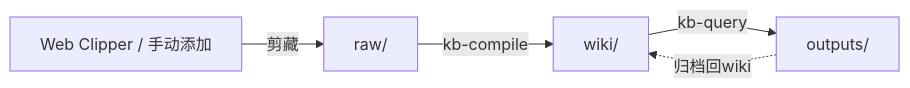
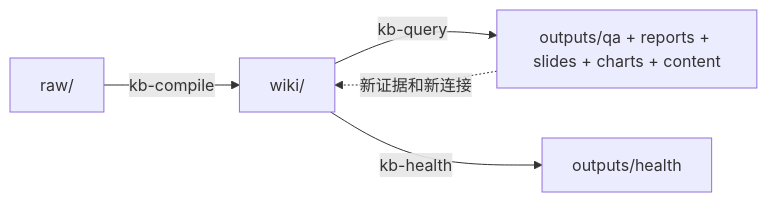
The diagram in README_CN.md (bahayonghang/obsidian-notes-karpathy), drawn with Mermaid before and after one commit. The commit also changed other lines of this file and 39 other files, not shown here.

````diff
--- a/README_CN.md
+++ b/README_CN.md
@@ -23,7 +35,7 @@
 ```mermaid
 graph LR
-    A[Web Clipper / 手动添加] -->|剪藏| B[raw/]
-    B -->|kb-compile| C[wiki/]
-    C -->|kb-query| D[outputs/]
-    D -.->|归档回wiki| C
+    A[raw/] -->|kb-compile| B[wiki/]
+    B -->|kb-query| C[outputs/qa + reports + slides + charts + content]
+    B -->|kb-health| D[outputs/health]
+    C -.->|新证据和新连接| B
 ```
````
